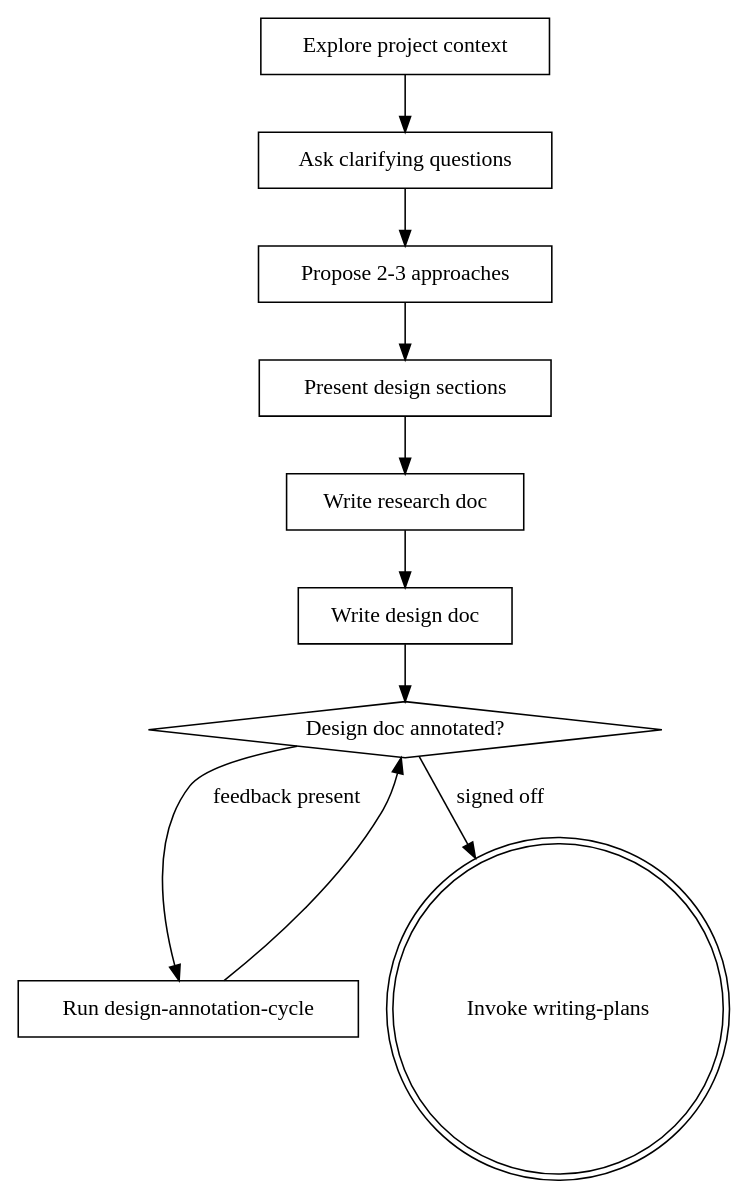
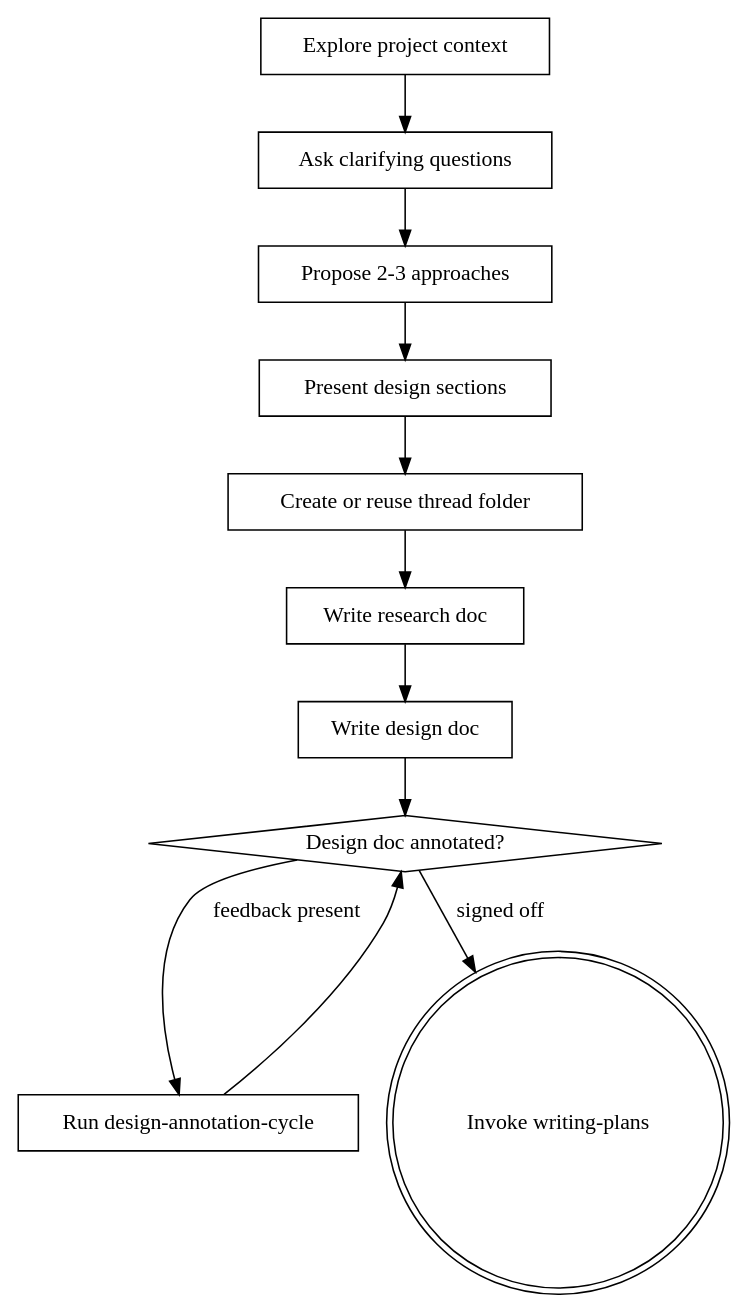
One commit to epleaner/superpowers changed the diagram in skills/brainstorming/SKILL.md. Above: the diagram before and after it, drawn with Graphviz. The commit also changed other lines of this file and 1 other file, not shown here.

Commit message:
docs: move research workflow to plan thread folders

````diff
--- a/skills/brainstorming/SKILL.md
+++ b/skills/brainstorming/SKILL.md
@@ -37,23 +38,25 @@
 ```dot
 digraph brainstorming {
     "Explore project context" [shape=box];
     "Ask clarifying questions" [shape=box];
     "Propose 2-3 approaches" [shape=box];
     "Present design sections" [shape=box];
+    "Create or reuse thread folder" [shape=box];
     "Write research doc" [shape=box];
     "Write design doc" [shape=box];
     "Design doc annotated?" [shape=diamond];
     "Run design-annotation-cycle" [shape=box];
     "Invoke writing-plans" [shape=doublecircle];
 
     "Explore project context" -> "Ask clarifying questions";
     "Ask clarifying questions" -> "Propose 2-3 approaches";
     "Propose 2-3 approaches" -> "Present design sections";
-    "Present design sections" -> "Write research doc";
+    "Present design sections" -> "Create or reuse thread folder";
+    "Create or reuse thread folder" -> "Write research doc";
     "Write research doc" -> "Write design doc";
     "Write design doc" -> "Design doc annotated?";
     "Design doc annotated?" -> "Run design-annotation-cycle" [label="feedback present"];
     "Run design-annotation-cycle" -> "Design doc annotated?";
     "Design doc annotated?" -> "Invoke writing-plans" [label="signed off"];
 }
 ```
````
